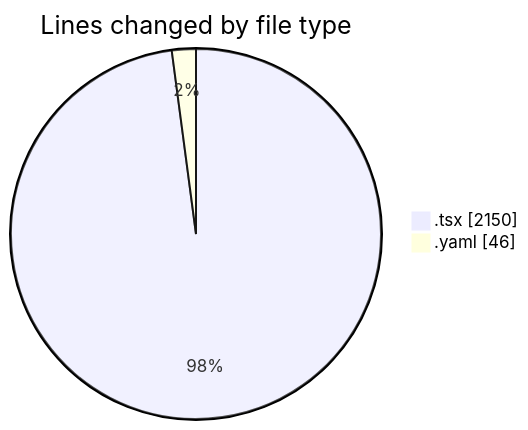
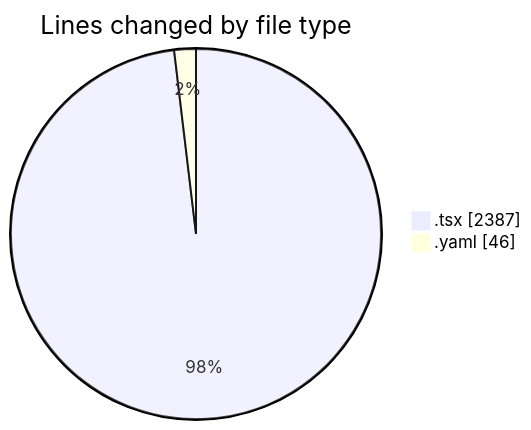
The first of 2 diagrams in 2025-11-20/cda/README.md (momahboobian/code-tracking), drawn with Mermaid before and after one commit. The commit also changed other lines of this file and 1 other file, not shown here.

````diff
--- a/2025-11-20/cda/README.md
+++ b/2025-11-20/cda/README.md
@@ -30,6 +31,6 @@
 ```mermaid
 pie showData
 title Lines changed by file type
-".tsx" : 2150
+".tsx" : 2387
 ".yaml" : 46
 ```
````
